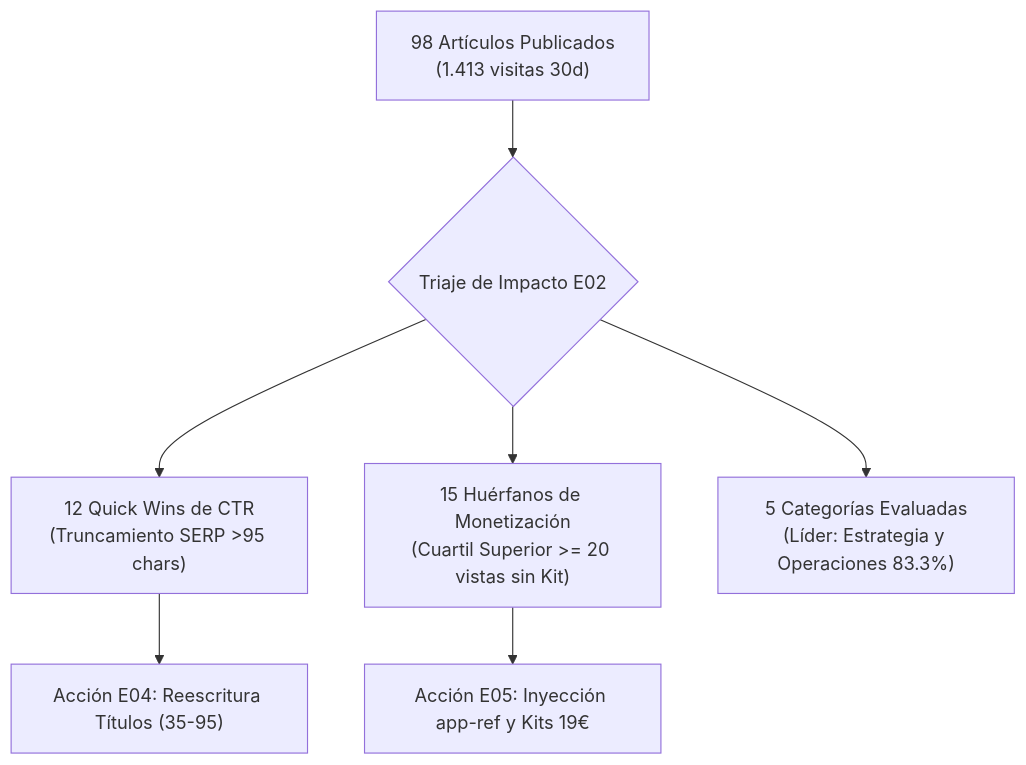
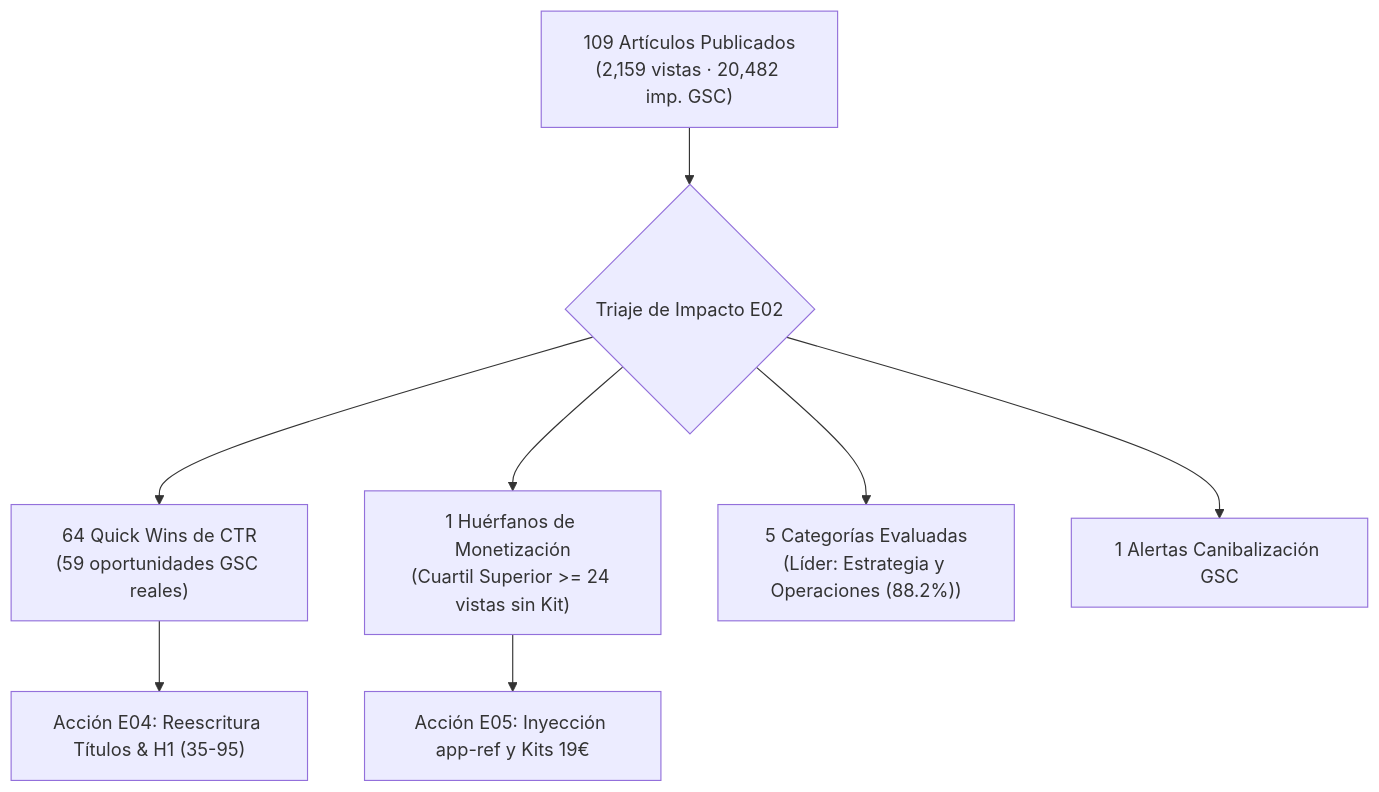
One commit to Dalaez/datalaria-website changed the diagram in specs/audit/IMPACT_REPORT.md. Above: the diagram before and after it, drawn with Mermaid. The commit also changed other lines of this file and 47 other files, not shown here.

````diff
--- a/specs/audit/IMPACT_REPORT.md
+++ b/specs/audit/IMPACT_REPORT.md
@@ -21,9 +23,10 @@
 ```mermaid
 flowchart TD
-    A["98 Artículos Publicados\n(1.413 visitas 30d)"] --> B{"Triaje de Impacto E02"}
-    B --> C["12 Quick Wins de CTR\n(Truncamiento SERP >95 chars)"]
-    B --> D["15 Huérfanos de Monetización\n(Cuartil Superior >= 20 vistas sin Kit)"]
-    B --> E["5 Categorías Evaluadas\n(Líder: Estrategia y Operaciones 83.3%)"]
-    C --> F["Acción E04: Reescritura Títulos (35-95)"]
+    A["109 Artículos Publicados\n(2,159 vistas · 20,482 imp. GSC)"] --> B{"Triaje de Impacto E02"}
+    B --> C["64 Quick Wins de CTR\n(59 oportunidades GSC reales)"]
+    B --> D["1 Huérfanos de Monetización\n(Cuartil Superior >= 24 vistas sin Kit)"]
+    B --> E["5 Categorías Evaluadas\n(Líder: Estrategia y Operaciones (88.2%))"]
+    B --> H["1 Alertas Canibalización GSC"]
+    C --> F["Acción E04: Reescritura Títulos & H1 (35-95)"]
     D --> G["Acción E05: Inyección app-ref y Kits 19€"]
 ```
````
